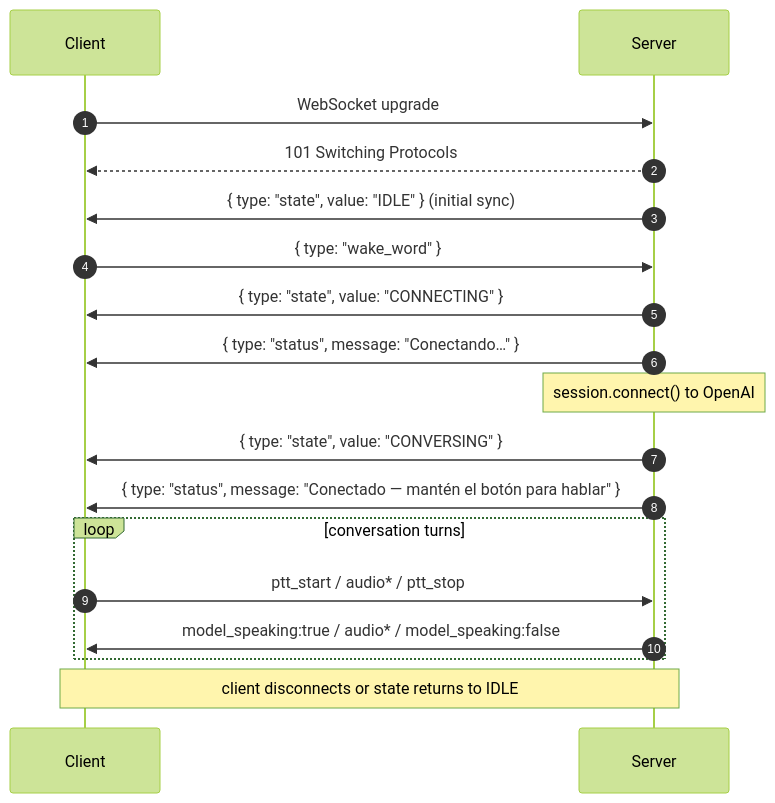
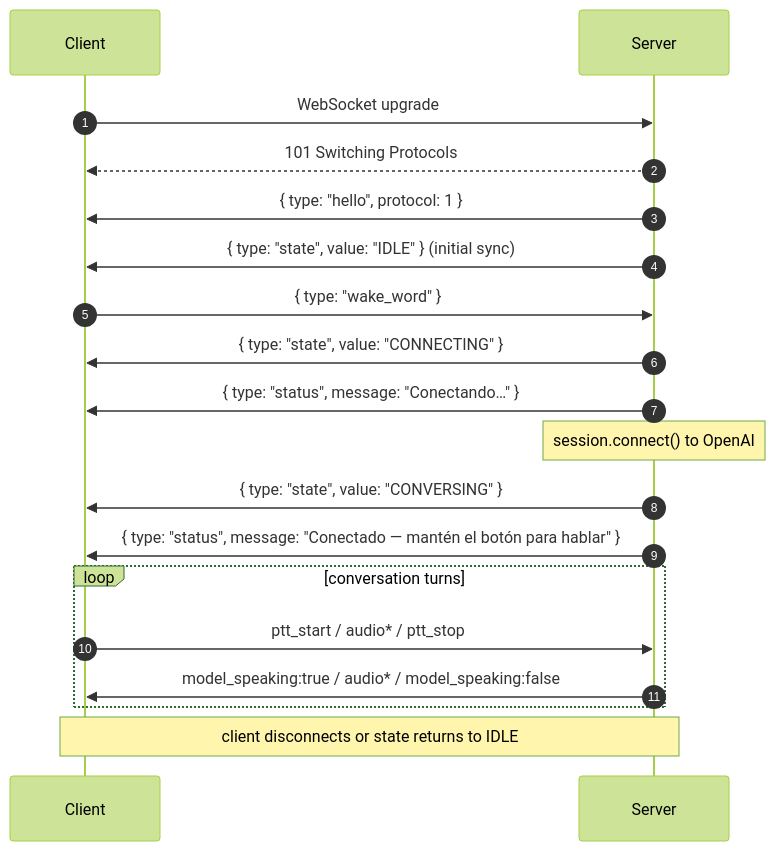
The diagram in docs/protocol.md (ma-r-s/Huxley), drawn with Mermaid (forest theme) before and after one commit. The commit also changed other lines of this file and 10 other files, not shown here.

First line of the commit message:
feat(protocol): hello handshake + volume as client command

````diff
--- a/docs/protocol.md
+++ b/docs/protocol.md
@@ -42,21 +44,22 @@
 ```mermaid
 sequenceDiagram
     autonumber
     participant C as Client
     participant S as Server
 
     C->>S: WebSocket upgrade
     S-->>C: 101 Switching Protocols
+    S->>C: { type: "hello", protocol: 1 }
     S->>C: { type: "state", value: "IDLE" } (initial sync)
     C->>S: { type: "wake_word" }
     S->>C: { type: "state", value: "CONNECTING" }
     S->>C: { type: "status", message: "Conectando…" }
     Note over S: session.connect() to OpenAI
     S->>C: { type: "state", value: "CONVERSING" }
     S->>C: { type: "status", message: "Conectado — mantén el botón para hablar" }
     loop conversation turns
         C->>S: ptt_start / audio* / ptt_stop
         S->>C: model_speaking:true / audio* / model_speaking:false
     end
     Note over C,S: client disconnects or state returns to IDLE
 ```
````
